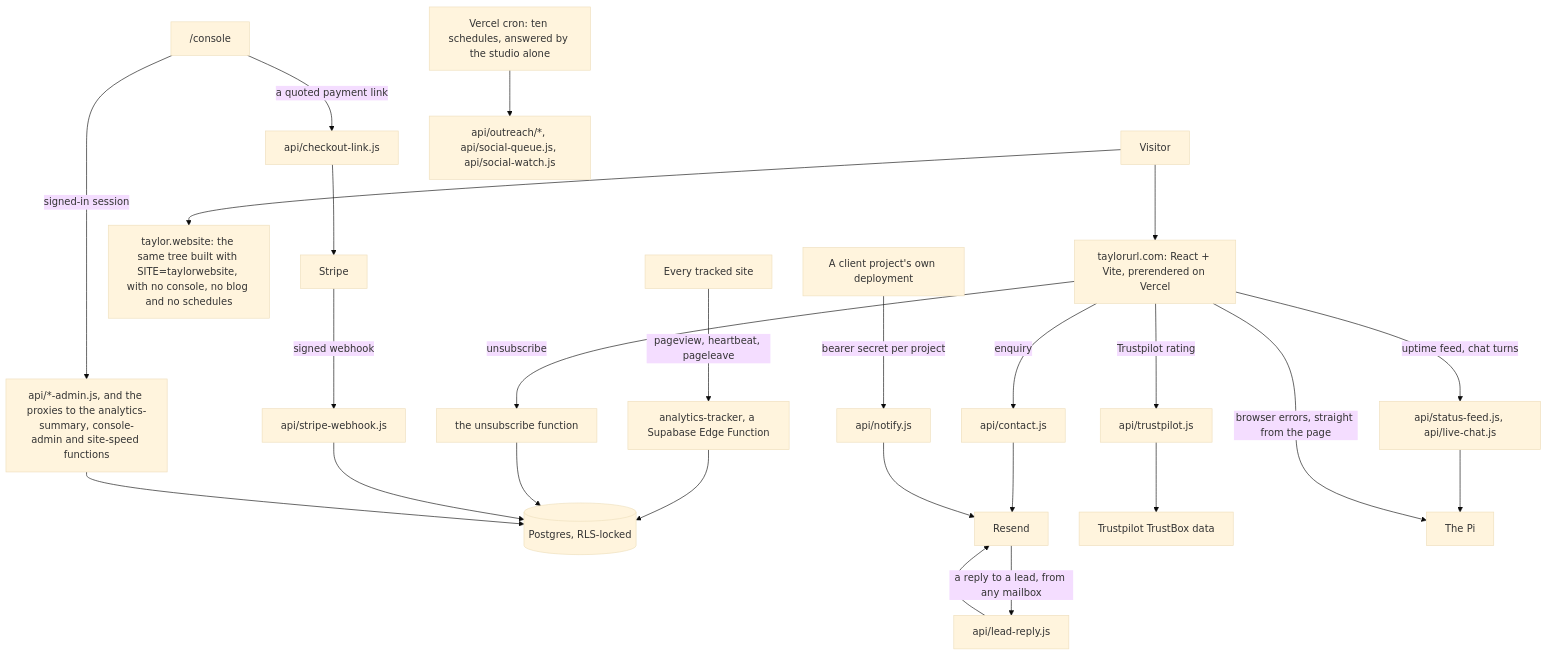
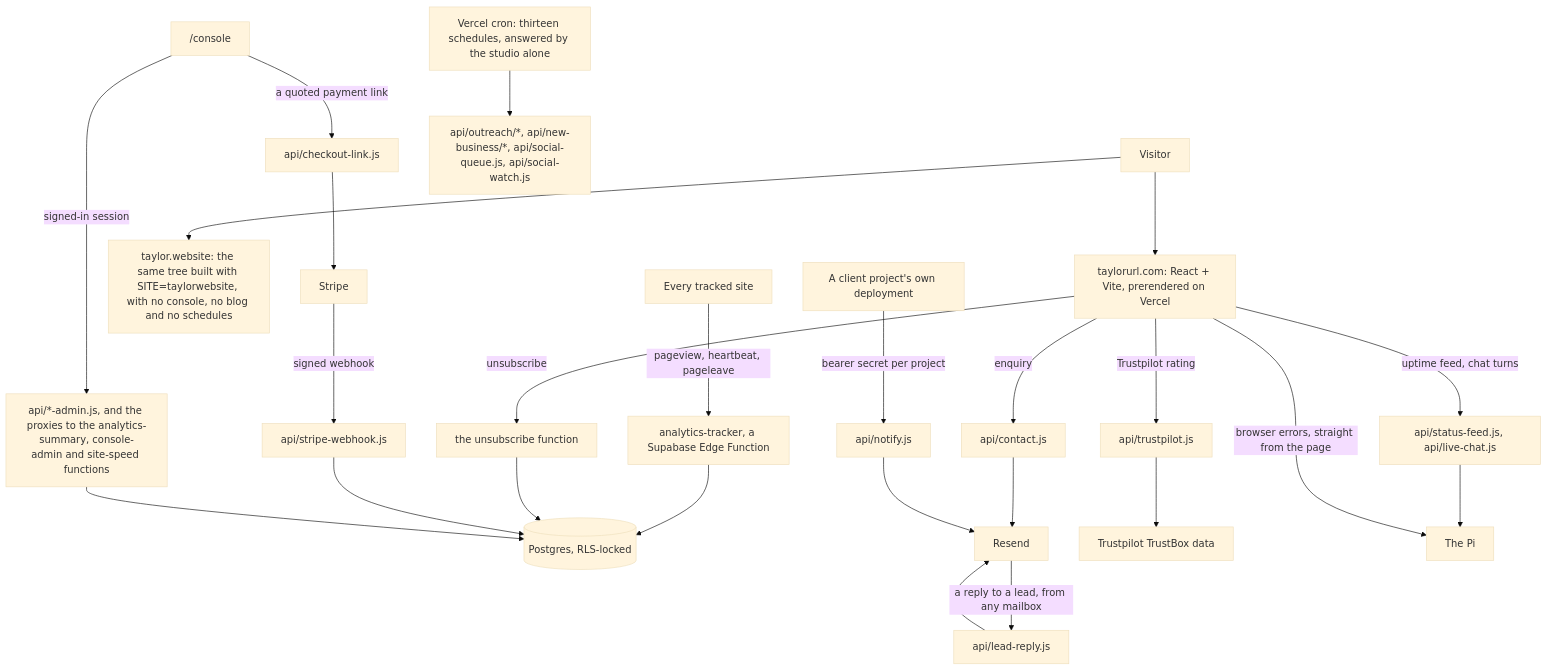
Before and after one commit to TaylorURL/taylorurl-com: the diagram in README.md, drawn with Mermaid (base theme). The commit also changed other lines of this file and 19 other files, not shown here.

````diff
--- a/README.md
+++ b/README.md
@@ -111,17 +111,17 @@
 ```mermaid
 flowchart TD
     V["Visitor"] --> Site["taylorurl.com: React + Vite, prerendered on Vercel"]
     V --> Sub["taylor.website: the same tree built with SITE=taylorwebsite, with no console, no blog and no schedules"]
     Any["Every tracked site"] -->|"pageview, heartbeat, pageleave"| IN["analytics-tracker, a Supabase Edge Function"]
     IN --> DB[("Postgres, RLS-locked")]
     Site -->|"unsubscribe"| EF["the unsubscribe function"] --> DB
     Site -->|"enquiry"| CT["api/contact.js"] --> RS["Resend"]
     RS -->|"a reply to a lead, from any mailbox"| LR["api/lead-reply.js"] --> RS
     Console["/console"] -->|"a quoted payment link"| CK["api/checkout-link.js"] --> ST["Stripe"] -->|"signed webhook"| WH["api/stripe-webhook.js"] --> DB
     Site -->|"Trustpilot rating"| TP["api/trustpilot.js"] --> TB["Trustpilot TrustBox data"]
     Site -->|"uptime feed, chat turns"| PX["api/status-feed.js, api/live-chat.js"] --> PI["The Pi"]
     Site -->|"browser errors, straight from the page"| PI
     Console -->|"signed-in session"| ADM["api/*-admin.js, and the proxies to the analytics-summary, console-admin and site-speed functions"] --> DB
     Client["A client project's own deployment"] -->|"bearer secret per project"| NF["api/notify.js"] --> RS
-    Cron["Vercel cron: ten schedules, answered by the studio alone"] --> Jobs["api/outreach/*, api/social-queue.js, api/social-watch.js"]
+    Cron["Vercel cron: thirteen schedules, answered by the studio alone"] --> Jobs["api/outreach/*, api/new-business/*, api/social-queue.js, api/social-watch.js"]
 ```
````
